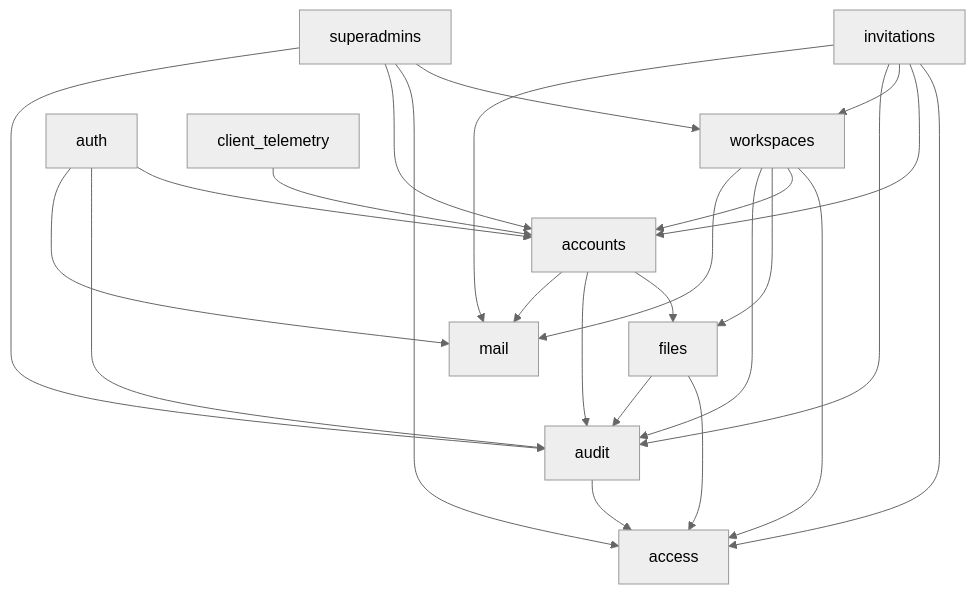
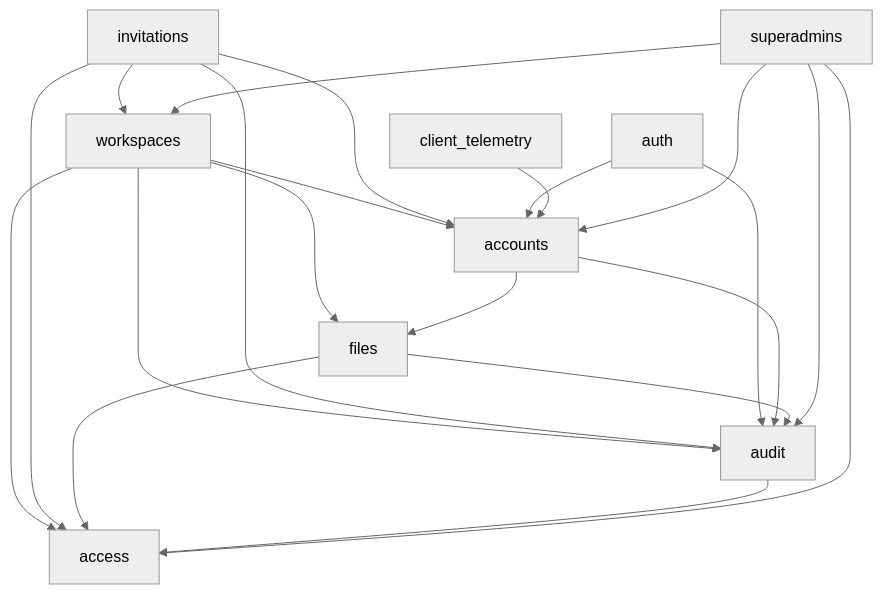
Before and after one commit to Grebyn35/AntWorker-API-Rust: the second of 3 diagrams in docs/architecture.md, drawn with Mermaid (neutral theme). The commit also changed other lines of this file and 11 other files, not shown here.

````diff
--- a/docs/architecture.md
+++ b/docs/architecture.md
@@ -147,11 +159,13 @@
 ```mermaid
 flowchart TD
-  workspaces --> access & accounts & files & audit & mail
-  invitations --> access & accounts & workspaces & audit & mail
-  auth --> accounts & audit & mail
-  accounts --> files & audit & mail
+  workspaces --> access & accounts & files & audit
+  %% part: invitations
+  invitations --> access & accounts & workspaces & audit
+  %% end part: invitations
+  auth --> accounts & audit
+  accounts --> files & audit
   files --> access & audit
   audit --> access
   client_telemetry --> accounts
   superadmins --> workspaces & access & accounts & audit
 ```
````
